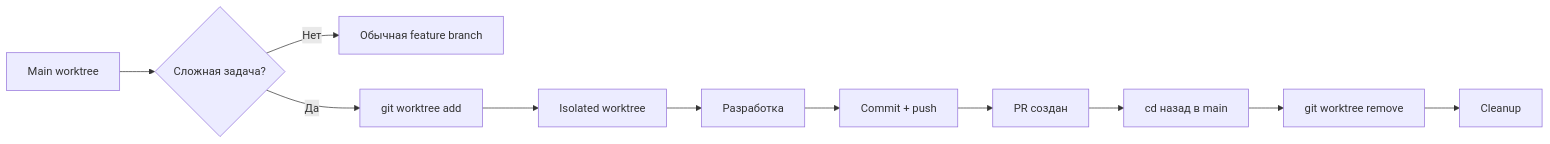
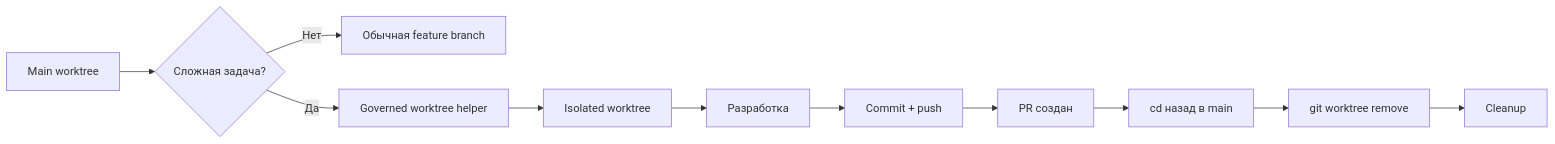
Before and after one commit to SatoryKono/BioactivityDataAcquisition: the eighth of 8 diagrams in docs/03-guides/github-workflow-diagrams.md, drawn with Mermaid. The commit also changed 15 other files, not shown here.

Commit message:
fix(ai): make governed worktree creation portable (#13032)

````diff
--- a/docs/03-guides/github-workflow-diagrams.md
+++ b/docs/03-guides/github-workflow-diagrams.md
@@ -223,13 +223,13 @@
 ```mermaid
 graph LR
     A[Main worktree] --> B{Сложная задача?}
     B -->|Нет| C[Обычная feature branch]
-    B -->|Да| D[git worktree add]
+    B -->|Да| D[Governed worktree helper]
     D --> E[Isolated worktree]
     E --> F[Разработка]
     F --> G[Commit + push]
     G --> H[PR создан]
     H --> I[cd назад в main]
     I --> J[git worktree remove]
     J --> K[Cleanup]
 ```
````
